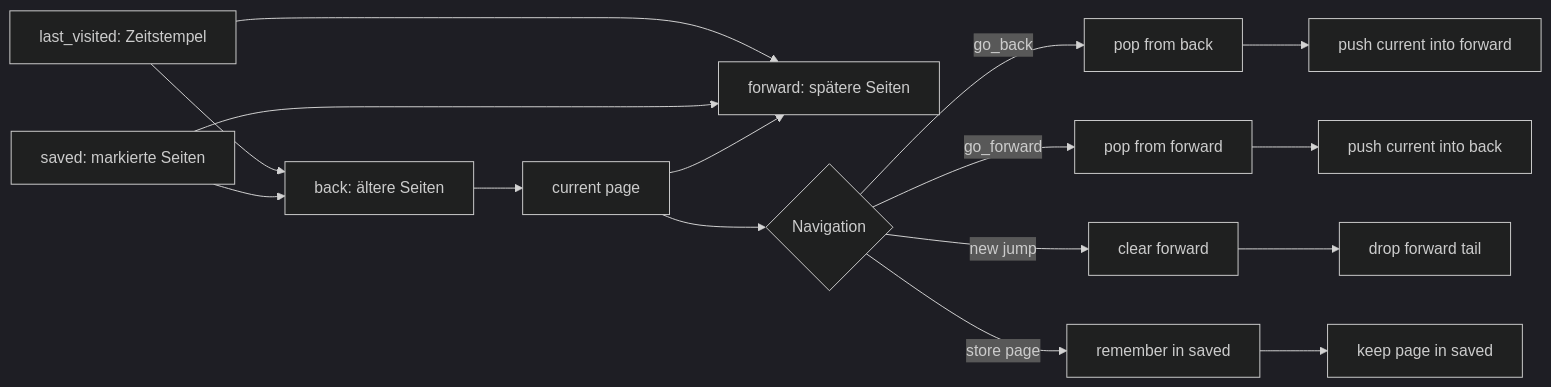
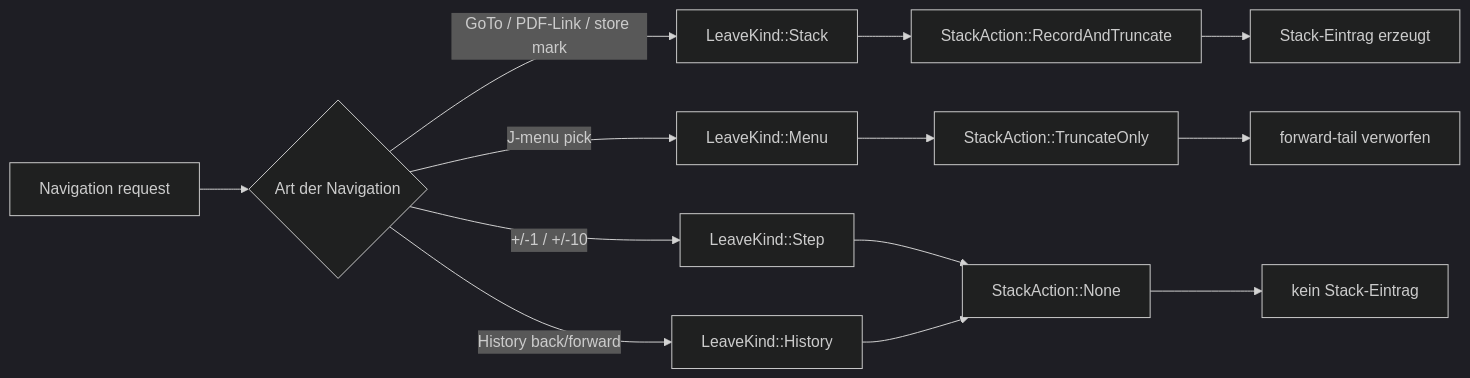
The first of 3 diagrams in docs/nav-history-visualization.md (tedeler/pdfpc_qt6), drawn with Mermaid (dark theme) before and after one commit. The commit also changed other lines of this file, not shown here.

Commit message:
Correct the nav history documentation to distinguish stack-producing jumps from non-stack page navigation

````diff
--- a/docs/nav-history-visualization.md
+++ b/docs/nav-history-visualization.md
@@ -27,20 +188,18 @@
 ```mermaid
 flowchart LR
-    A[back: ältere Seiten] --> B[current page]
-    B --> C[forward: spätere Seiten]
-    D[saved: markierte Seiten] --> A
-    D --> C
-    E[last_visited: Zeitstempel] --> A
-    E --> C
+    A[Navigation request] --> B{Art der Navigation}
 
-    B --> F{Navigation}
-    F -->|go_back| G[pop from back]
-    F -->|go_forward| H[pop from forward]
-    F -->|new jump| I[clear forward]
-    F -->|store page| J[remember in saved]
+    B -->|GoTo / PDF-Link / store mark| C[LeaveKind::Stack]
+    B -->|J-menu pick| D[LeaveKind::Menu]
+    B -->|+/-1 / +/-10| E[LeaveKind::Step]
+    B -->|History back/forward| F[LeaveKind::History]
 
-    G --> K[push current into forward]
-    H --> L[push current into back]
-    I --> M[drop forward tail]
-    J --> N[keep page in saved]
+    C --> G[StackAction::RecordAndTruncate]
+    D --> H[StackAction::TruncateOnly]
+    E --> I[StackAction::None]
+    F --> I
+
+    G --> J[Stack-Eintrag erzeugt]
+    H --> K[forward-tail verworfen]
+    I --> L[kein Stack-Eintrag]
 ```
````
